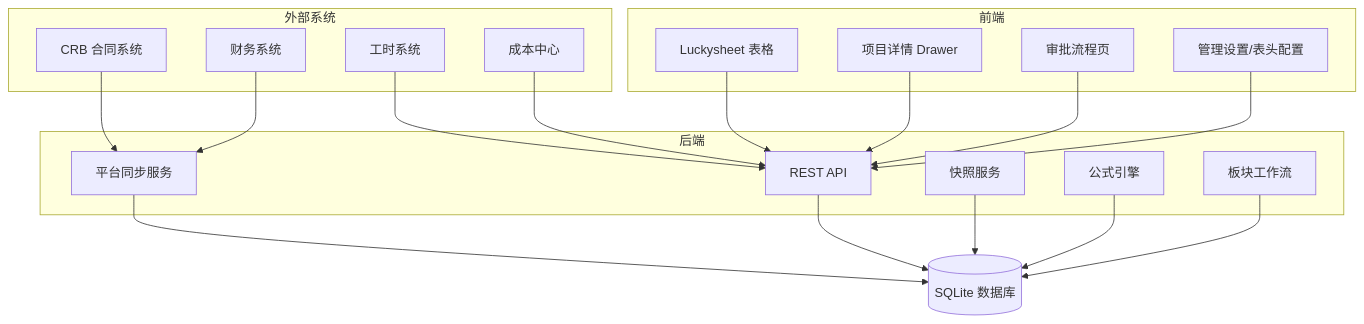
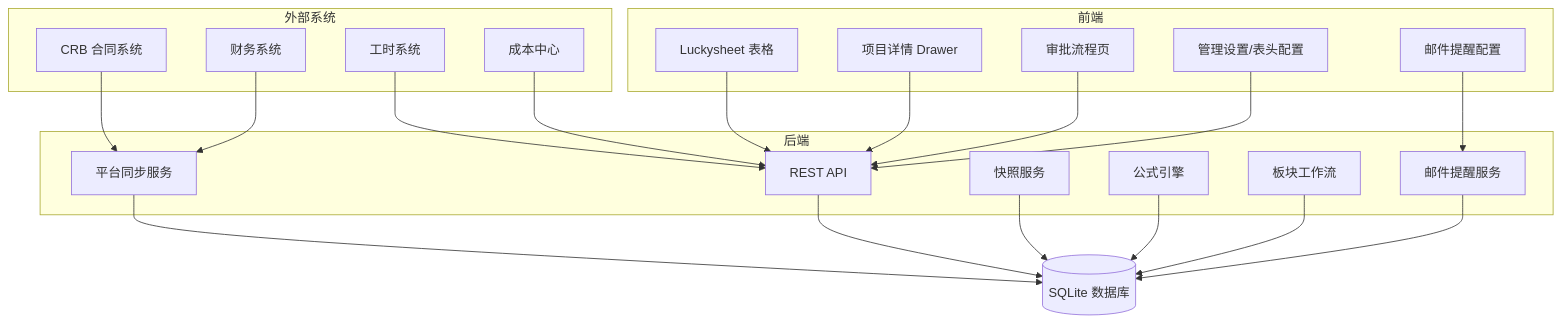
Before and after one commit to marcelxu0272/202605_project-tracking-table: the second of 12 diagrams in .qoder/repowiki/zh/content/需求文档/需求文档.md, drawn with Mermaid. The commit also changed other lines of this file and 23 other files, not shown here.

````diff
--- a/.qoder/repowiki/zh/content/需求文档/需求文档.md
+++ b/.qoder/repowiki/zh/content/需求文档/需求文档.md
@@ -110,36 +126,40 @@
 ```mermaid
 graph TB
 subgraph 外部系统
 CRB["CRB 合同系统"]
 FIN["财务系统"]
 TS["工时系统"]
 COST["成本中心"]
 end
 subgraph 前端
 LUCKY["Luckysheet 表格"]
 DRAWER["项目详情 Drawer"]
 APPROVAL["审批流程页"]
 ADMIN_UI["管理设置/表头配置"]
+EMAIL_UI["邮件提醒配置"]
 end
 subgraph 后端
 API["REST API"]
 SYNC["平台同步服务"]
 SNAP["快照服务"]
 FORM["公式引擎"]
 SECTOR["板块工作流"]
+MAIL["邮件提醒服务"]
 end
 DB[("SQLite 数据库")]
 CRB --> SYNC
 FIN --> SYNC
 TS --> API
 COST --> API
 LUCKY --> API
 DRAWER --> API
 APPROVAL --> API
 ADMIN_UI --> API
+EMAIL_UI --> MAIL
 API --> DB
 SYNC --> DB
 SNAP --> DB
 FORM --> DB
 SECTOR --> DB
+MAIL --> DB
 ```
````
